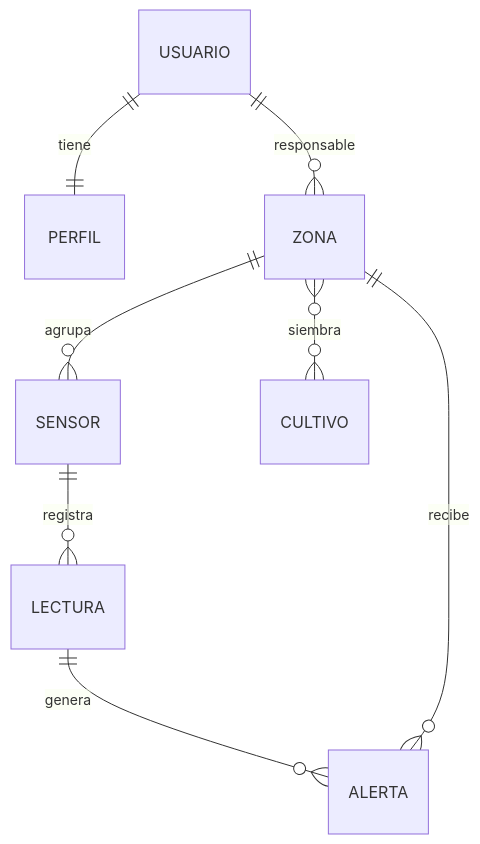
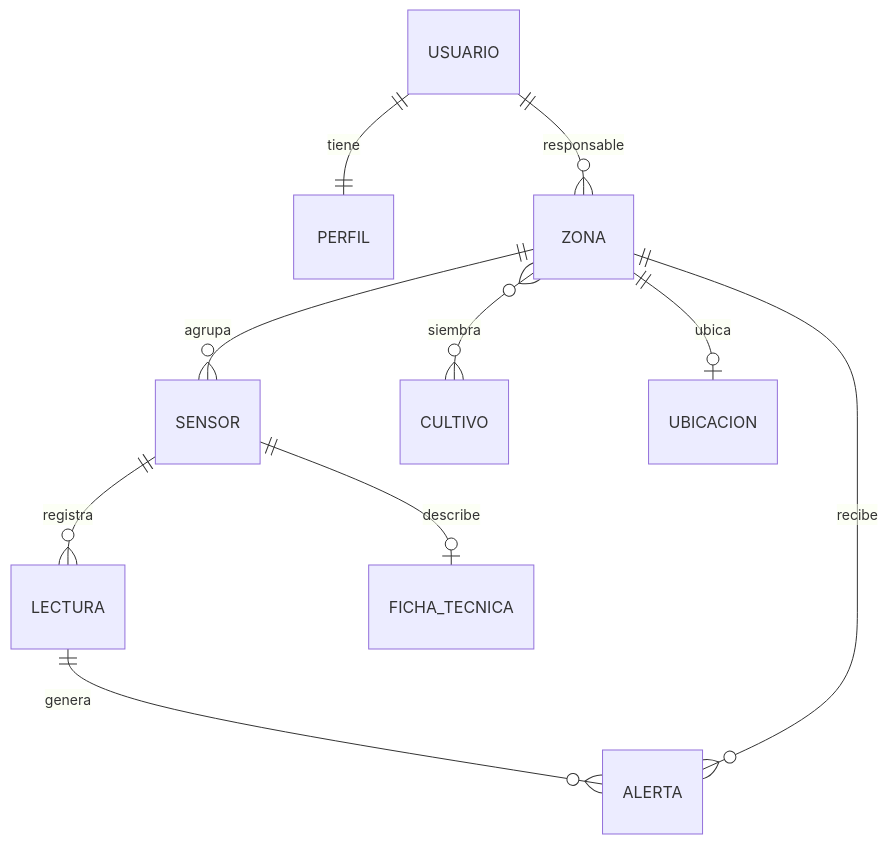
The diagram in README.md (diarpicu2022-commits/hidromon), drawn with Mermaid before and after one commit. The commit also changed other lines of this file and 12 other files, not shown here.

First line of the commit message:
feat(sensores,zonas): add FichaTecnica and Ubicacion with a OneToOne relation and nested DTOs

````diff
--- a/README.md
+++ b/README.md
@@ -35,10 +35,12 @@
 ```mermaid
 erDiagram
     USUARIO ||--|| PERFIL : tiene
     USUARIO ||--o{ ZONA : responsable
     ZONA ||--o{ SENSOR : agrupa
     SENSOR ||--o{ LECTURA : registra
     LECTURA ||--o{ ALERTA : genera
     ZONA ||--o{ ALERTA : recibe
     ZONA }o--o{ CULTIVO : siembra
+    SENSOR ||--o| FICHA_TECNICA : describe
+    ZONA ||--o| UBICACION : ubica
 ```
````
